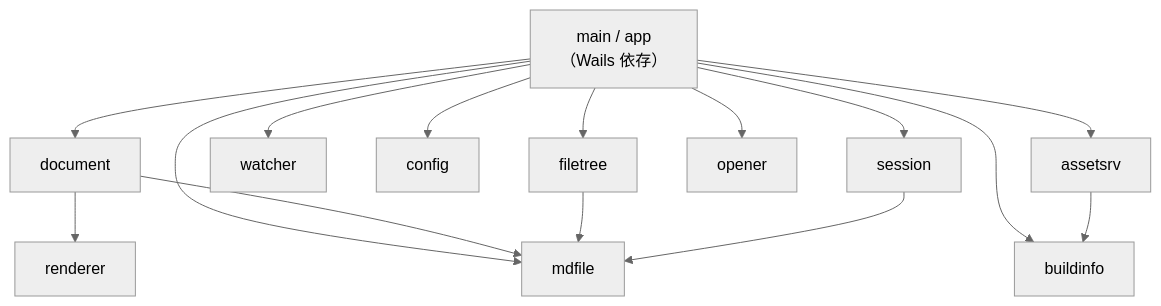
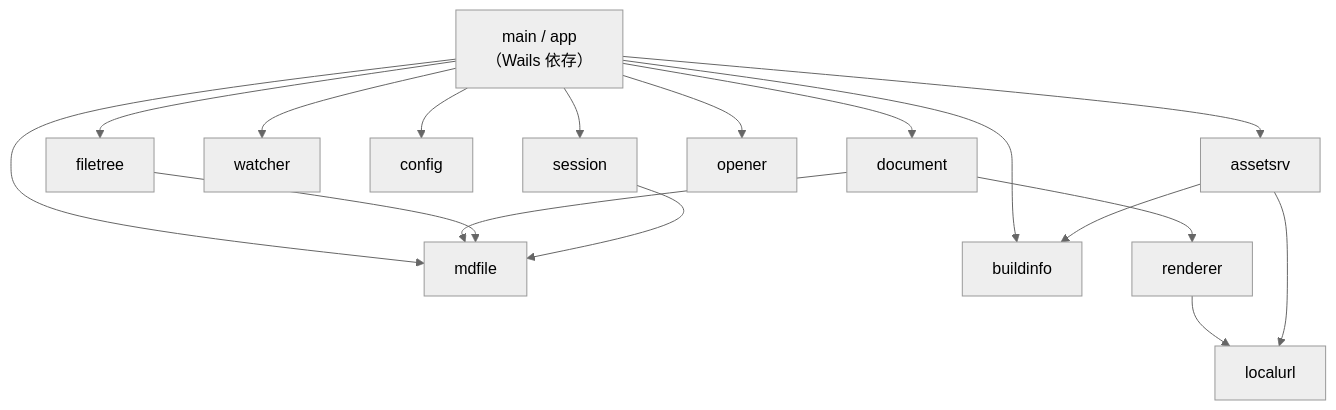
The diagram in docs/specs/10-impl-overview.md (kznagamori/go_MarkView), drawn with Mermaid (neutral theme) before and after one commit. The commit also changed other lines of this file and 32 other files, not shown here.

````diff
--- a/docs/specs/10-impl-overview.md
+++ b/docs/specs/10-impl-overview.md
@@ -108,17 +110,19 @@
 ```mermaid
 flowchart TD
     MAIN["main / app<br/>（Wails 依存）"] --> DOC["document"]
     MAIN --> MDF["mdfile"]
     MAIN --> TREE["filetree"]
     MAIN --> WATCH["watcher"]
     MAIN --> CFG["config"]
     MAIN --> ASSET["assetsrv"]
     MAIN --> OPEN["opener"]
     MAIN --> BI["buildinfo"]
     MAIN --> SESS["session"]
     DOC --> REND["renderer"]
     DOC --> MDF
     TREE --> MDF
     SESS --> MDF
     ASSET --> BI
+    REND --> LURL["localurl"]
+    ASSET --> LURL
 ```
````
